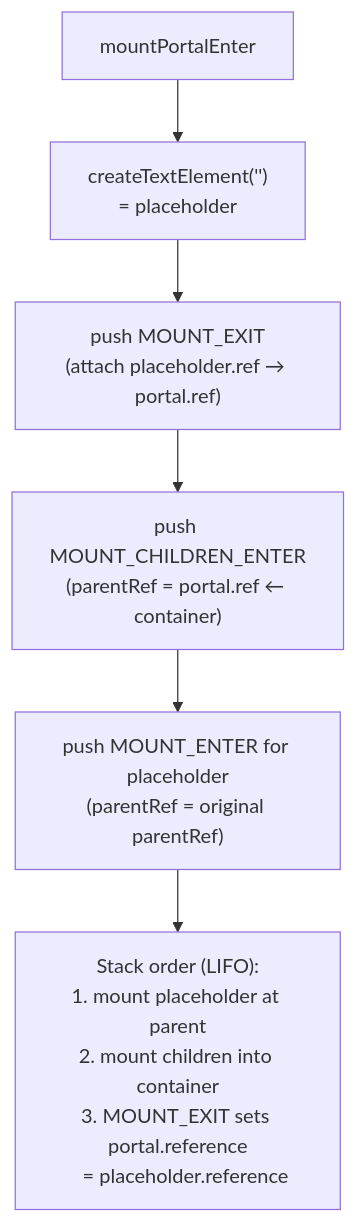
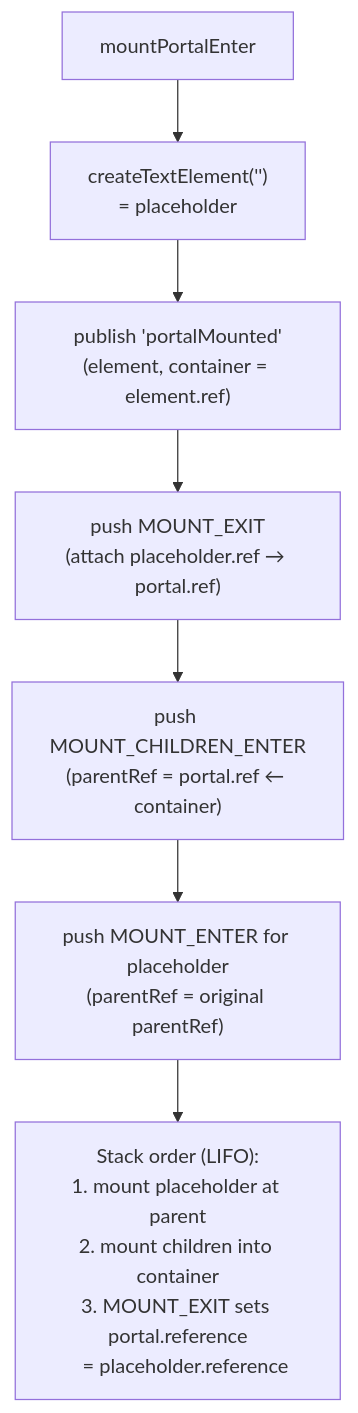
One commit to dPaskhin/simpreact changed the sixth of 8 diagrams in docs/core/mounting.md. Above: the diagram before and after it, drawn with Mermaid. The commit also changed other lines of this file and 5 other files, not shown here.

````diff
--- a/docs/core/mounting.md
+++ b/docs/core/mounting.md
@@ -109,8 +112,9 @@
 ```mermaid
 flowchart TD
     A["mountPortalEnter"] --> PH["createTextElement('')\n= placeholder"]
-    PH --> PX["push MOUNT_EXIT\n(attach placeholder.ref → portal.ref)"]
+    PH --> PUB["publish 'portalMounted'\n(element, container = element.ref)"]
+    PUB --> PX["push MOUNT_EXIT\n(attach placeholder.ref → portal.ref)"]
     PX --> PC["push MOUNT_CHILDREN_ENTER\n(parentRef = portal.ref ← container)"]
     PC --> PP["push MOUNT_ENTER for placeholder\n(parentRef = original parentRef)"]
     PP --> NOTE["Stack order (LIFO):\n1. mount placeholder at parent\n2. mount children into container\n3. MOUNT_EXIT sets portal.reference\n   = placeholder.reference"]
 ```
````
